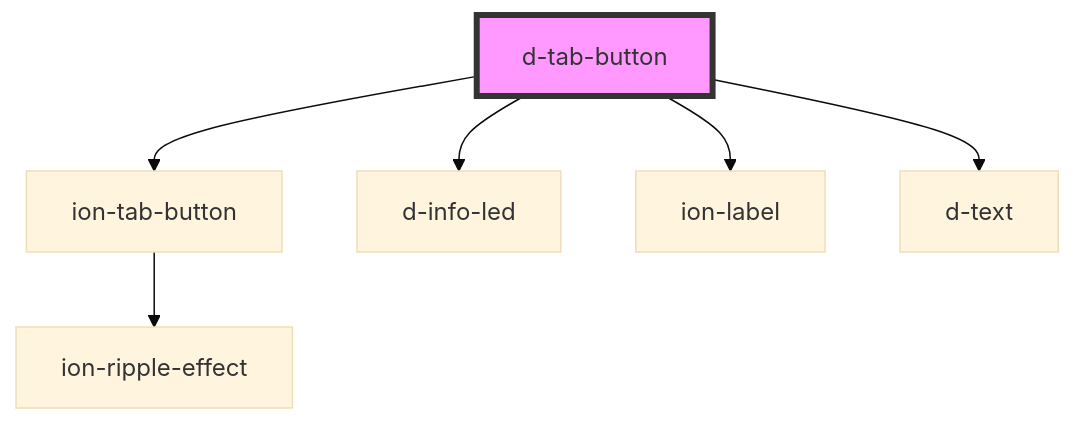
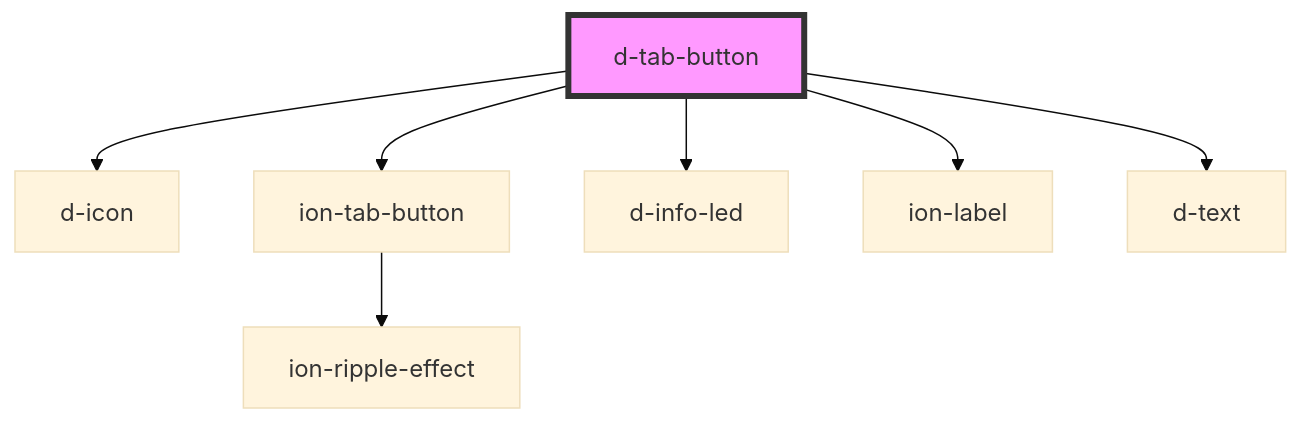
The diagram in src/components/tab-button/readme.md (ForkbombEu/didroom-components), drawn with Mermaid (base theme) before and after one commit. The commit also changed other lines of this file and 5 other files, not shown here.

````diff
--- a/src/components/tab-button/readme.md
+++ b/src/components/tab-button/readme.md
@@ -27,9 +28,10 @@
 ```mermaid
 graph TD;
+  d-tab-button --> d-icon
   d-tab-button --> ion-tab-button
   d-tab-button --> d-info-led
   d-tab-button --> ion-label
   d-tab-button --> d-text
   ion-tab-button --> ion-ripple-effect
   style d-tab-button fill:#f9f,stroke:#333,stroke-width:4px
 ```
````
